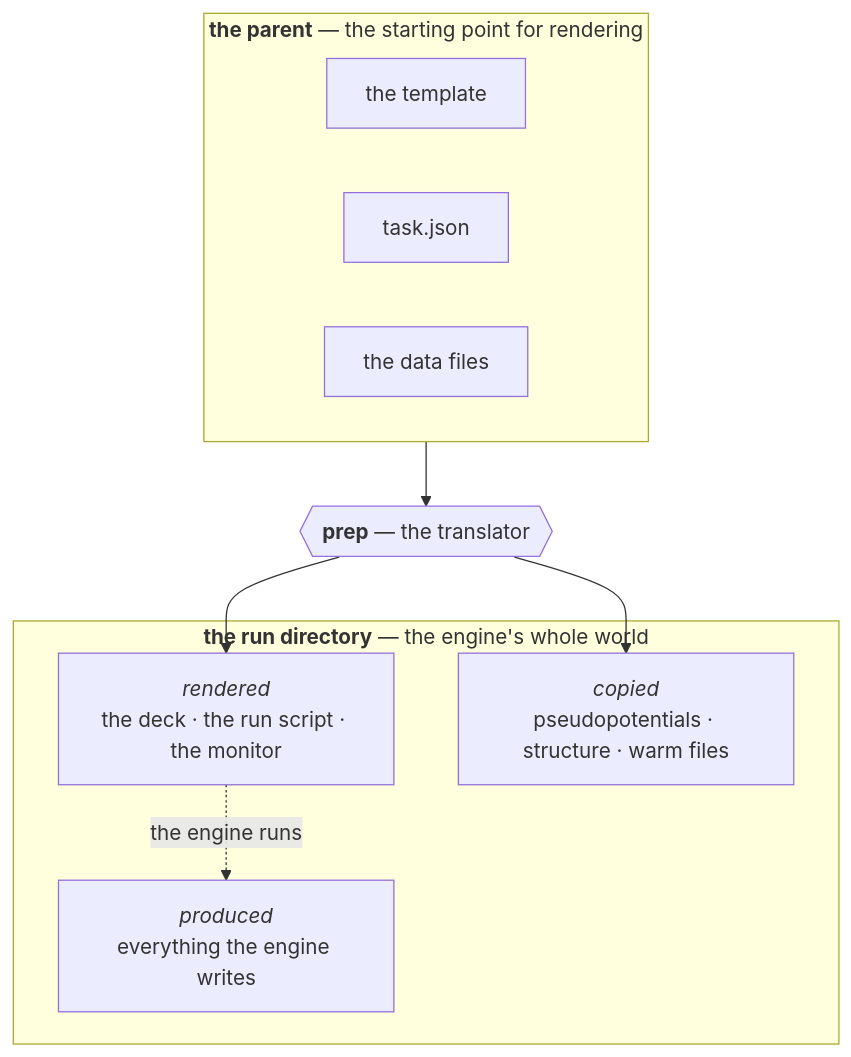
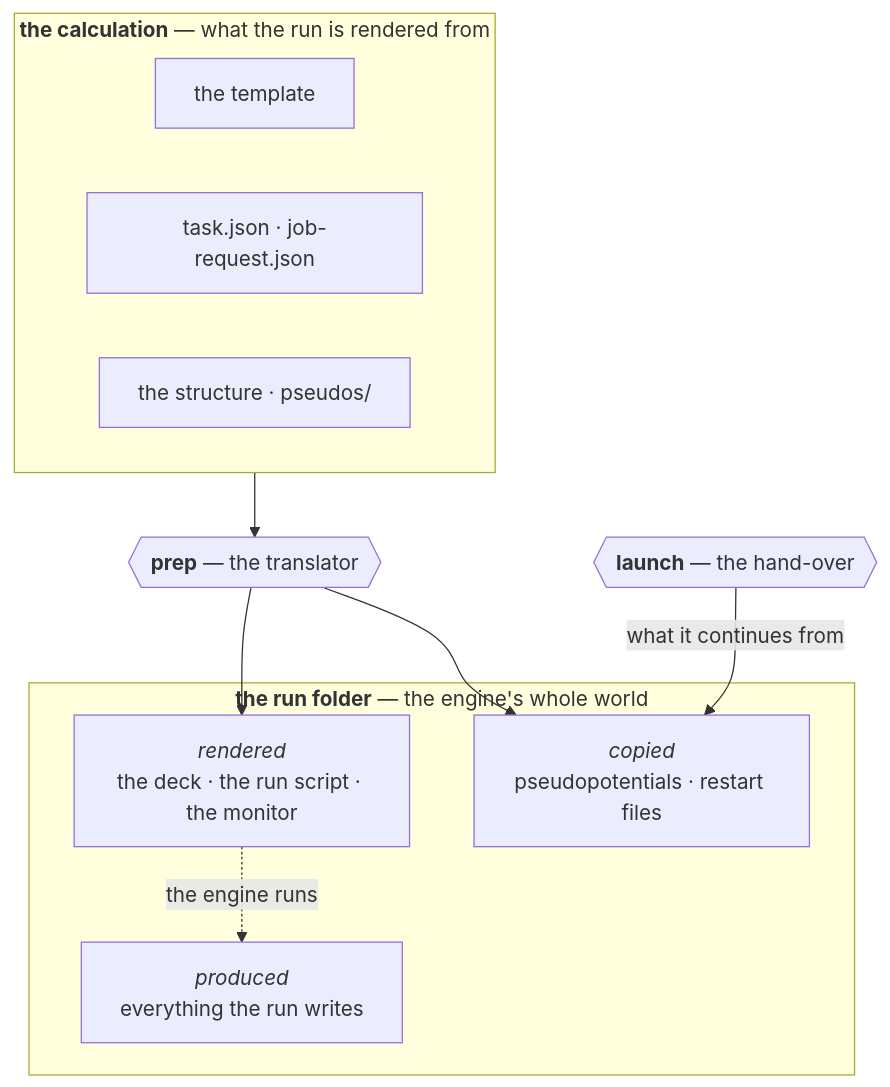
Before and after one commit to Qing-LAB/molbuilder: the first of 2 diagrams in docs/execution/project-layout.md, drawn with Mermaid. The commit also changed other lines of this file and 30 other files, not shown here.

````diff
--- a/docs/execution/project-layout.md
+++ b/docs/execution/project-layout.md
@@ -115,14 +71,17 @@
 ```mermaid
 flowchart TB
-    subgraph PARENT["<b>the parent</b> — the starting point for rendering"]
-      T["the template"]; TJ["task.json"]; DATA["the data files"]
+    subgraph PARENT["<b>the calculation</b> — what the run is rendered from"]
+      T["the template"]; TJ["task.json · job-request.json"]; DATA["the structure · pseudos/"]
     end
     P{{"<b>prep</b> — the translator"}}
-    subgraph RUN["<b>the run directory</b> — the engine's whole world"]
+    L{{"<b>launch</b> — the hand-over"}}
+    subgraph RUN["<b>the run folder</b> — the engine's whole world"]
       R["<i>rendered</i><br/>the deck · the run script · the monitor"]
-      C["<i>copied</i><br/>pseudopotentials · structure · warm files"]
-      O["<i>produced</i><br/>everything the engine writes"]
+      C["<i>copied</i><br/>pseudopotentials · restart files"]
+      O["<i>produced</i><br/>everything the run writes"]
     end
-    PARENT --> P --> R & C
+    PARENT --> P --> R
+    P --> C
+    L -->|"what it continues from"| C
     R -.->|"the engine runs"| O
 ```
````
